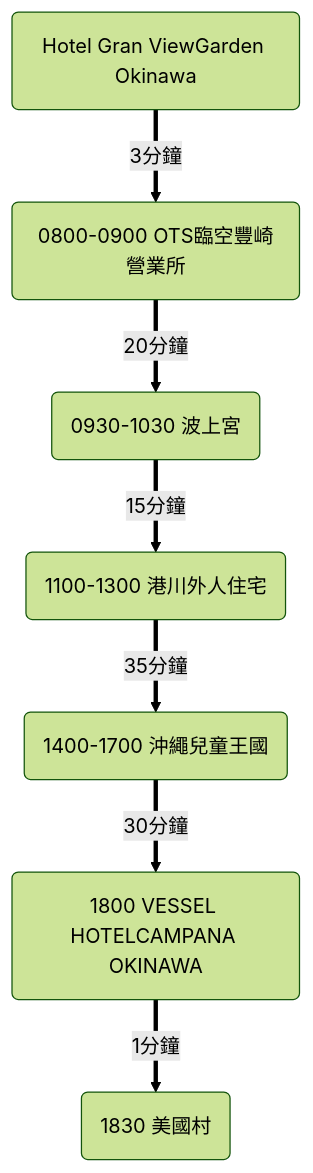
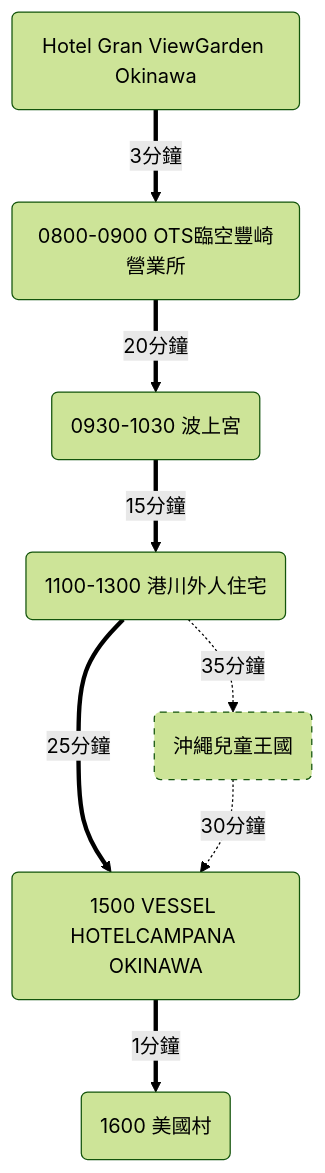
Before and after one commit to wilder640/trip: the second of 6 diagrams in docs/blog/posts/okinawa/okinawa-2024-12/okinawa-2024-12.md, drawn with Mermaid (forest theme). The commit also changed other lines of this file and 4 other files, not shown here.

````diff
--- a/docs/blog/posts/okinawa/okinawa-2024-12/okinawa-2024-12.md
+++ b/docs/blog/posts/okinawa/okinawa-2024-12/okinawa-2024-12.md
@@ -179,19 +179,23 @@
 ``` mermaid
 graph TD
-    A == 3分鐘 ==> B == 20分鐘 ==> C  == 15分鐘 ==> D == 35分鐘 ==> E == 30分鐘 ==> F == 1分鐘 ==> G
+    A == 3分鐘 ==> B == 20分鐘 ==> C  == 15分鐘 ==> D == 25分鐘 ==> F == 1分鐘 ==> G
+	D-. 35分鐘 .->E:::optional -. 30分鐘 .->F
+
         
     A(Hotel Gran ViewGarden Okinawa)
     B(0800-0900 OTS臨空豐崎營業所)
     C(0930-1030 波上宮)
     D(1100-1300 港川外人住宅)
-    E(1400-1700 沖繩兒童王國)
-    F(1800 VESSEL HOTELCAMPANA OKINAWA)
-    G(1830 美國村)
+    E(沖繩兒童王國)
+    F(1500 VESSEL HOTELCAMPANA OKINAWA)
+    G(1600 美國村)
 
 	click B "#ots臨空豐崎營業所"
 	click C "#波上宮"
 	click D "#港川外人住宅"
 	click E "#沖繩兒童王國"
 	click F "#vessel-hotelcampana-okinawa"
 	click G "#美國村"
+
+	classDef optional  stroke-dasharray: 5 5
 ```
````
